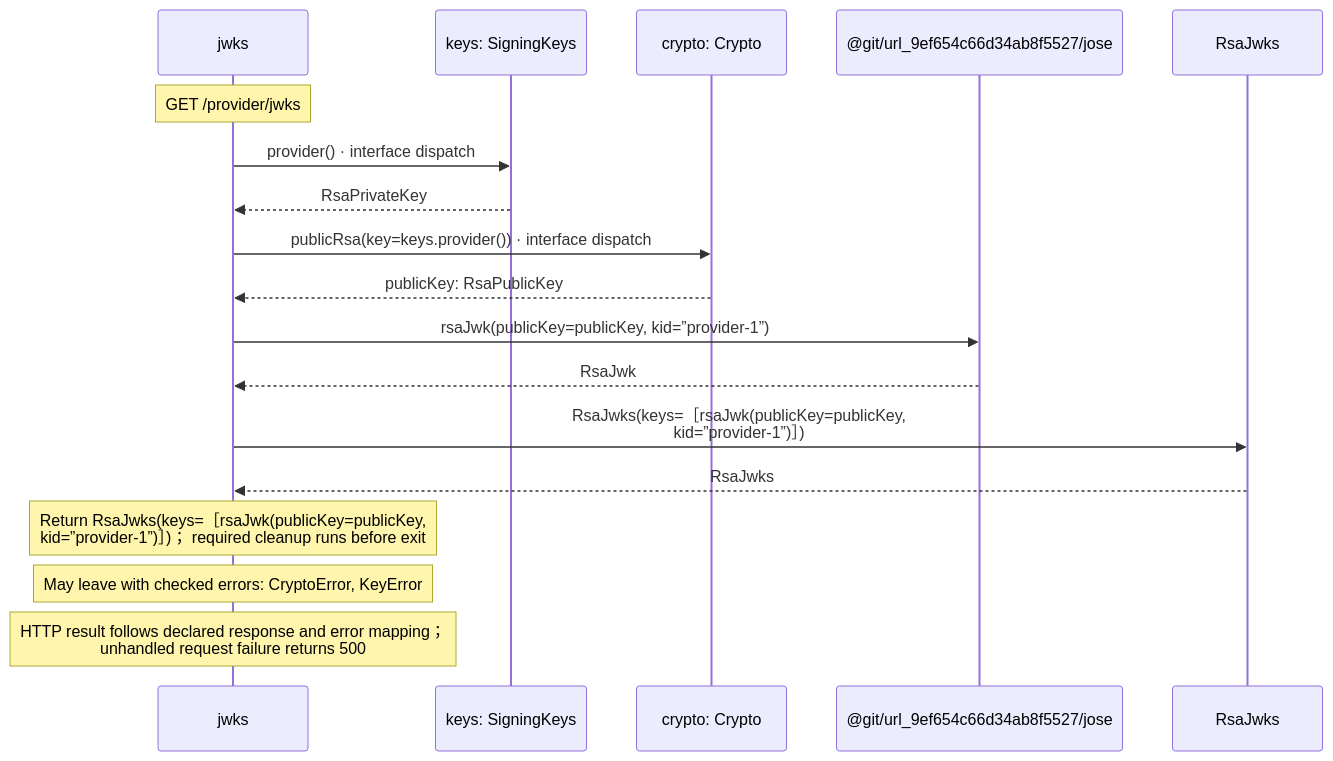
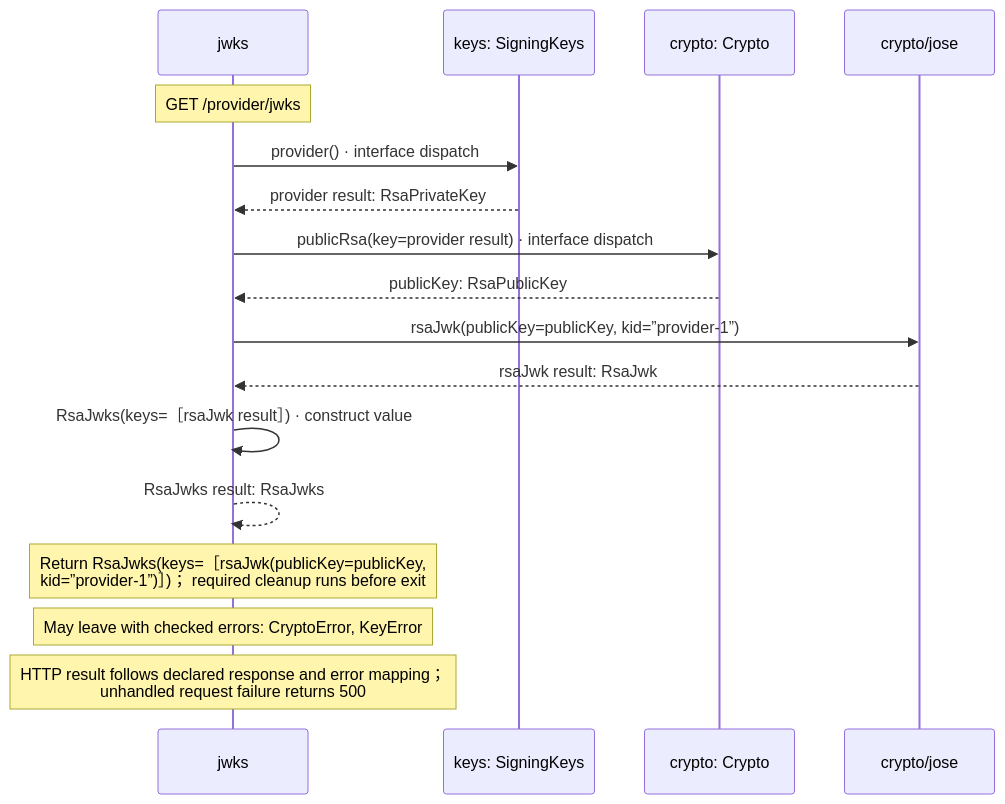
One commit to GreenPandaStudios/augscript changed the third of 3 diagrams in docs/examples/oidc-login/provider/discovery-diagrams.md. Above: the diagram before and after it, drawn with Mermaid. The commit also changed other lines of this file and 304 other files, not shown here.

Commit message:
Make generated data-flow sequences concise and review every diagram

````diff
--- a/docs/examples/oidc-login/provider/discovery-diagrams.md
+++ b/docs/examples/oidc-login/provider/discovery-diagrams.md
@@ -93,20 +67,19 @@
 ```mermaid
 sequenceDiagram
     participant p0 as jwks
     participant p1 as keys: SigningKeys
     participant p2 as crypto: Crypto
-    participant p3 as @git/url_9ef654c66d34ab8f5527/jose
-    participant p4 as RsaJwks
+    participant p3 as crypto/jose
     Note over p0: GET /provider/jwks
     p0->>p1: provider() · interface dispatch
-    p1-->>p0: RsaPrivateKey
-    p0->>p2: publicRsa(key=keys.provider()) · interface dispatch
+    p1-->>p0: provider result: RsaPrivateKey
+    p0->>p2: publicRsa(key=provider result) · interface dispatch
     p2-->>p0: publicKey: RsaPublicKey
     p0->>p3: rsaJwk(publicKey=publicKey, kid=”provider-1”)
-    p3-->>p0: RsaJwk
-    p0->>p4: RsaJwks(keys=［rsaJwk(publicKey=publicKey,<br/>kid=”provider-1”)］)
-    p4-->>p0: RsaJwks
+    p3-->>p0: rsaJwk result: RsaJwk
+    p0->>p0: RsaJwks(keys=［rsaJwk result］) · construct value
+    p0-->>p0: RsaJwks result: RsaJwks
     Note over p0: Return RsaJwks(keys=［rsaJwk(publicKey=publicKey,<br/>kid=”provider-1”)］)； required cleanup runs before exit
     Note over p0: May leave with checked errors: CryptoError, KeyError
     Note over p0: HTTP result follows declared response and error mapping；<br/>unhandled request failure returns 500
 ```
````
